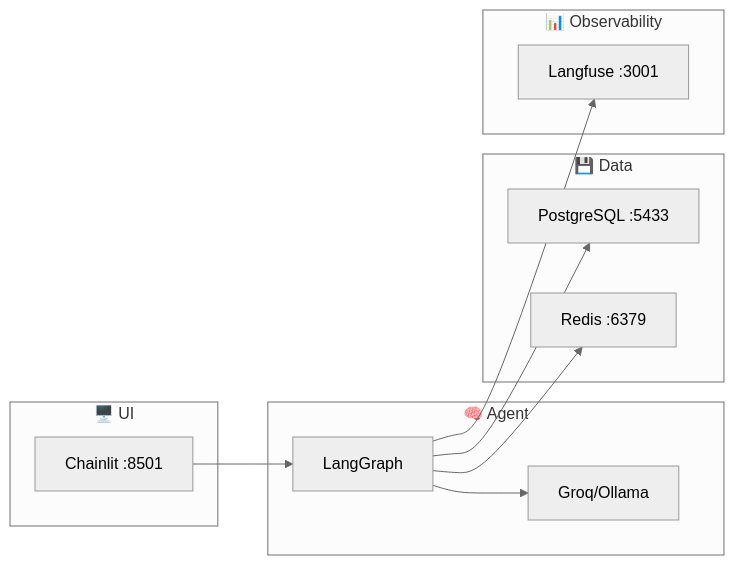
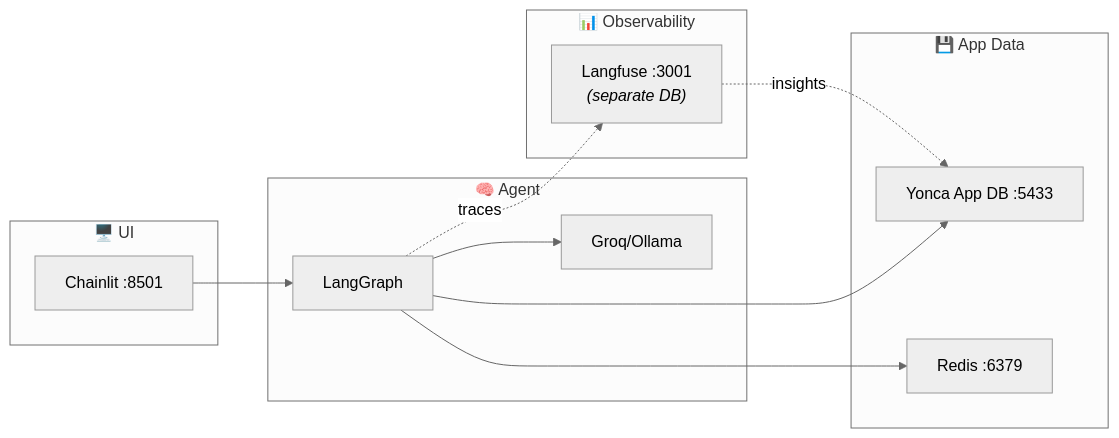
Before and after one commit to Px8Studio/yonja: the second of 2 diagrams in docs/zekalab/README.md, drawn with Mermaid. The commit also changed other lines of this file and 1 other file, not shown here.

Commit message:
feat: Update architecture documentation to clarify data layers and observability components

````diff
--- a/docs/zekalab/README.md
+++ b/docs/zekalab/README.md
@@ -96,26 +96,27 @@
 ```mermaid
 %%{init: {'theme': 'neutral'}}%%
 flowchart LR
     subgraph ui["🖥️ UI"]
         chainlit["Chainlit :8501"]
     end
     
     subgraph brain["🧠 Agent"]
         langgraph["LangGraph"]
         llm["Groq/Ollama"]
     end
     
-    subgraph data["💾 Data"]
-        pg["PostgreSQL :5433"]
+    subgraph data["💾 App Data"]
+        pg["Yonca App DB :5433"]
         redis["Redis :6379"]
     end
     
     subgraph observe["📊 Observability"]
-        langfuse["Langfuse :3001"]
+        langfuse["Langfuse :3001<br/><i>(separate DB)</i>"]
     end
     
     chainlit --> langgraph --> llm
     langgraph --> pg
     langgraph --> redis
-    langgraph --> langfuse
+    langgraph -.->|traces| langfuse
+    langfuse -.->|insights| pg
 ```
````
